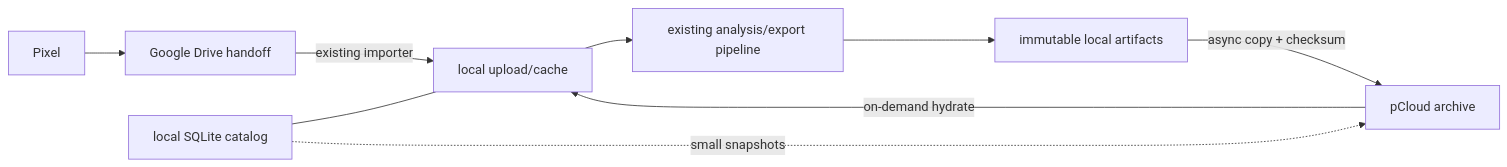
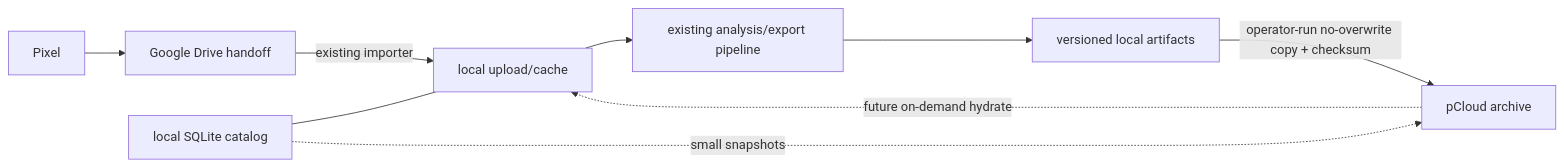
Before and after one commit to momonong/pingpong-auto-highlight: the second of 2 diagrams in docs/architecture.md, drawn with Mermaid. The commit also changed other lines of this file and 16 other files, not shown here.

Commit message:
feat: add pCloud archive foundation

````diff
--- a/docs/architecture.md
+++ b/docs/architecture.md
@@ -79,11 +79,11 @@
 ```mermaid
 flowchart LR
     PIXEL["Pixel"] --> DRIVE["Google Drive handoff"]
     DRIVE -->|"existing importer"| LOCAL["local upload/cache"]
     LOCAL --> MEDIA["existing analysis/export pipeline"]
-    MEDIA --> ART["immutable local artifacts"]
-    ART -->|"async copy + checksum"| PA["pCloud archive"]
-    PA -->|"on-demand hydrate"| LOCAL
+    MEDIA --> ART["versioned local artifacts"]
+    ART -->|"operator-run no-overwrite copy + checksum"| PA["pCloud archive"]
+    PA -.->|"future on-demand hydrate"| LOCAL
     DB["local SQLite catalog"] --- LOCAL
     DB -.->|"small snapshots"| PA
 ```
````
